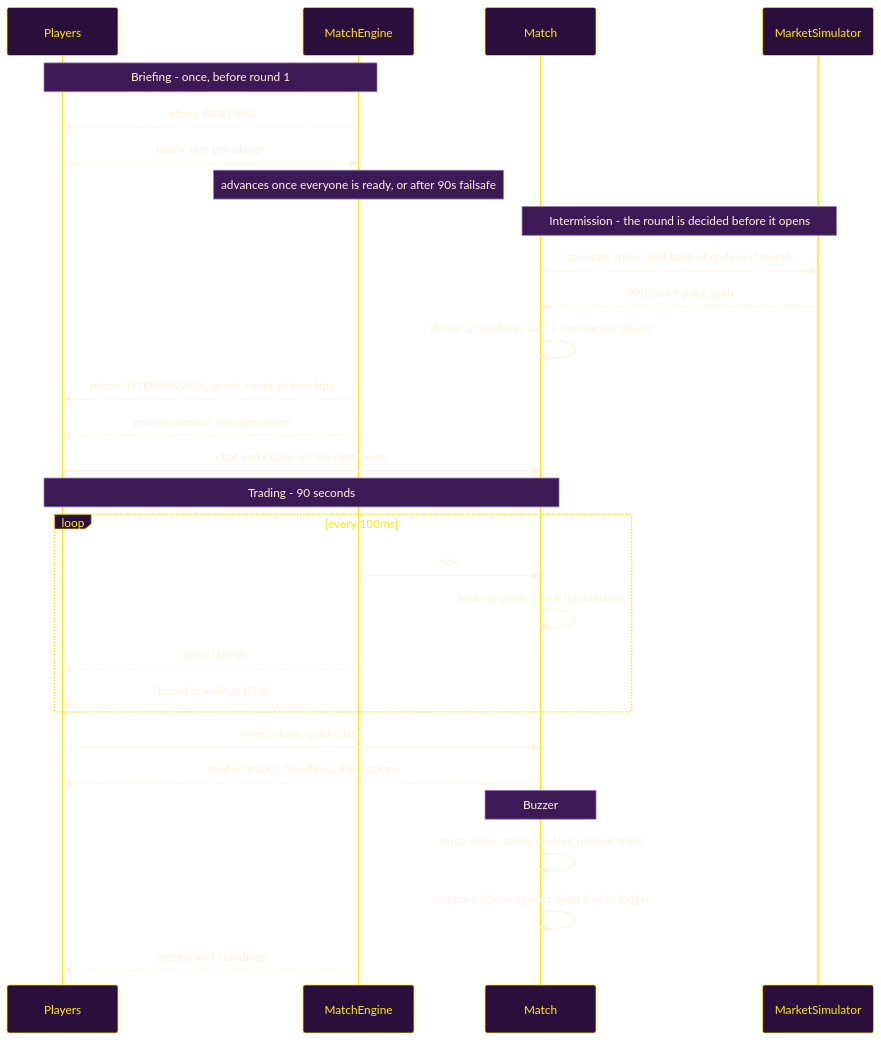
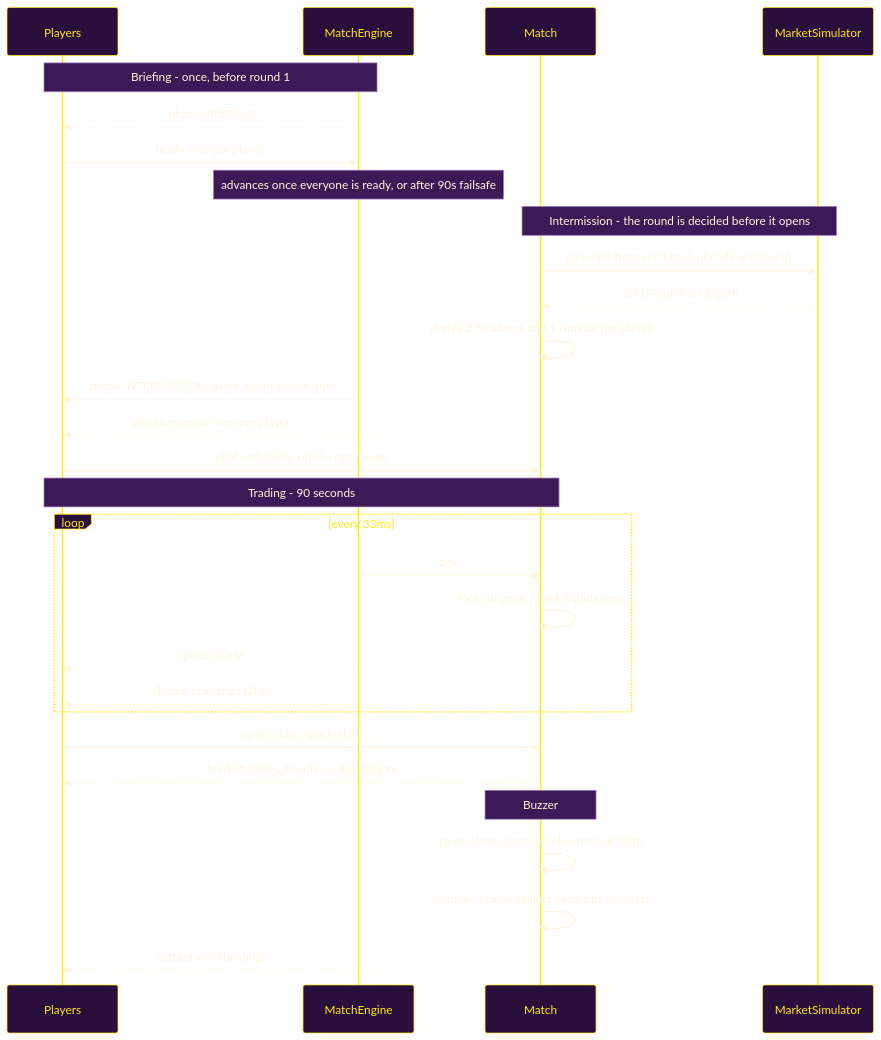
The first of 2 diagrams in README.md (pushkqr/stonk-royale), drawn with Mermaid before and after one commit. The commit also changed other lines of this file and 5 other files, not shown here.

````diff
--- a/README.md
+++ b/README.md
@@ -31,36 +32,36 @@
 ```mermaid
 %%{init: {'theme':'base','themeVariables':{'primaryColor':'#2A0F3D','primaryTextColor':'#FFF4E0','primaryBorderColor':'#FFE81A','lineColor':'#FFE81A','actorBkg':'#2A0F3D','actorBorder':'#FFE81A','actorTextColor':'#FFE81A','signalColor':'#FFF4E0','signalTextColor':'#FFF4E0','noteBkgColor':'#3D1A55','noteTextColor':'#FFF4E0','noteBorderColor':'#9E7EBB'}}}%%
 sequenceDiagram
     participant P as Players
     participant E as MatchEngine
     participant M as Match
     participant S as MarketSimulator
 
     Note over P,E: Briefing - once, before round 1
     E-->>P: phase BRIEFING
     P->>E: ready, one per player
     Note over E: advances once everyone is ready, or after 90s failsafe
 
     Note over M,S: Intermission - the round is decided before it opens
     M->>S: generate from seed hash of code and round
-    S-->>M: 900-point price path
+    S-->>M: 2,729-point price path
     M->>M: derive 2 headlines and 1 rumour per player
     E-->>P: phase INTERMISSION, asset, count of true tips
     E-->>P: private rumour, one per player
     P->>M: chat and claims on the open wire
 
     Note over P,M: Trading - 90 seconds
-    loop every 100ms
+    loop every 33ms
         E->>M: tick
         M->>M: look up price, check liquidations
-        E-->>P: /price (10Hz)
+        E-->>P: /price (30Hz)
         E-->>P: /board standings (2Hz)
     end
     P->>M: open, close, quick-chat
     M-->>P: feed of trades, headlines, liquidations
 
     Note over M: Buzzer
     M->>M: force-close, score, resolve rumour truth
     M->>M: compare claims against dealt tips in ledger
     E-->>P: settled and standings
 ```
````
